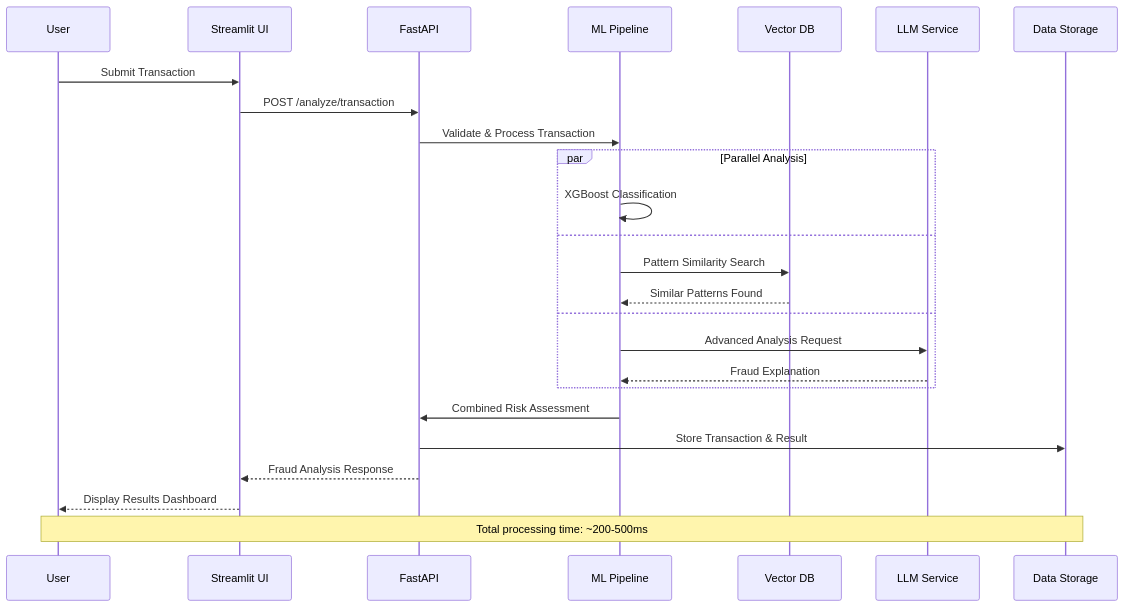
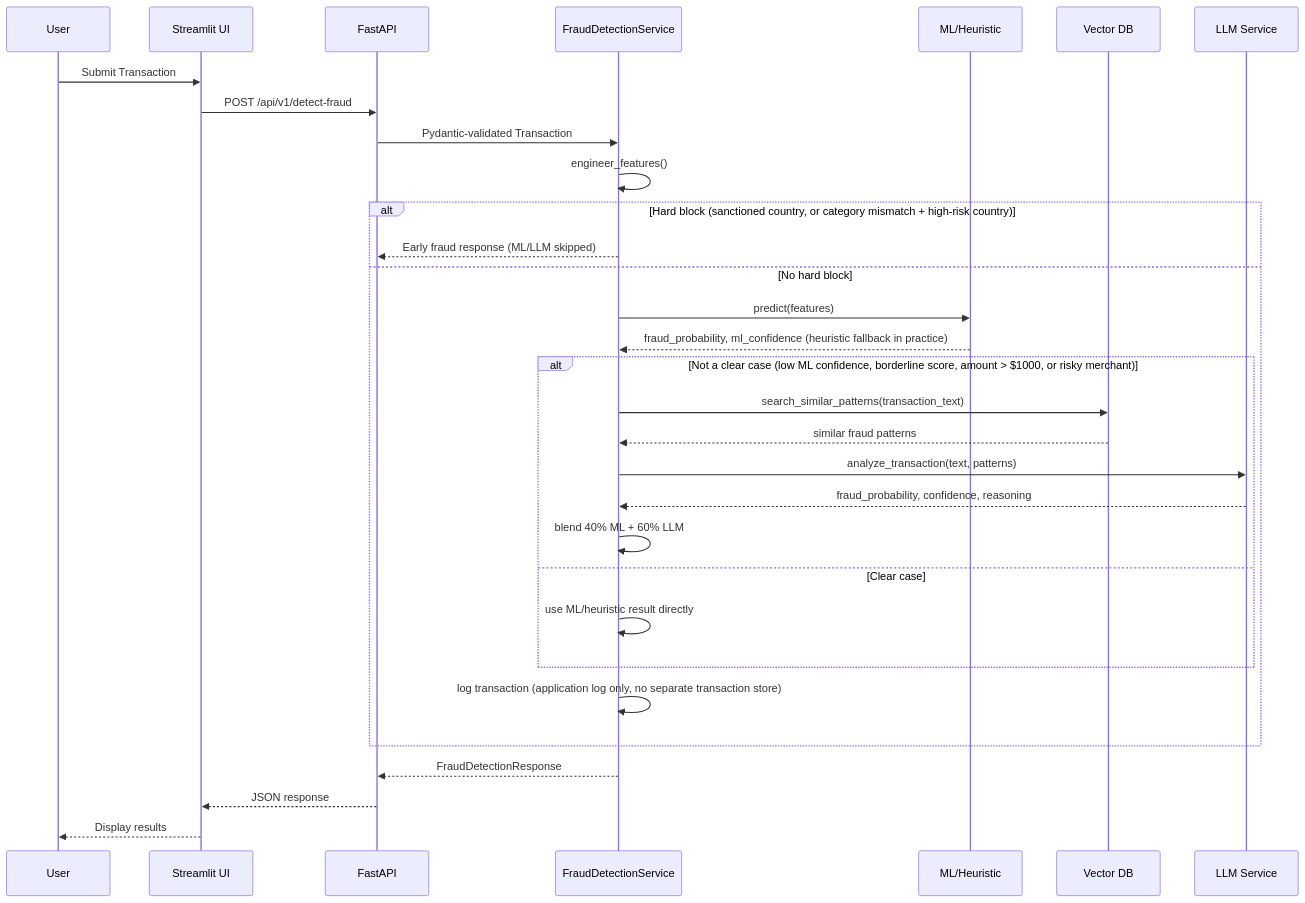
The third of 5 diagrams in MLProjects/creditcardfrauddetection/README.md (guruthanglearning/AILearning), drawn with Mermaid before and after one commit. The commit also changed other lines of this file, not shown here.

First line of the commit message:
Fix remaining 3 architecture diagrams in creditcardfrauddetection README

````diff
--- a/MLProjects/creditcardfrauddetection/README.md
+++ b/MLProjects/creditcardfrauddetection/README.md
@@ -1697,33 +1697,38 @@
 ```mermaid
 sequenceDiagram
     participant User
     participant UI as Streamlit UI
     participant API as FastAPI
-    participant ML as ML Pipeline
+    participant Service as FraudDetectionService
+    participant ML as ML/Heuristic
     participant Vector as Vector DB
     participant LLM as LLM Service
-    participant DB as Data Storage
-    
+
     User->>UI: Submit Transaction
-    UI->>API: POST /analyze/transaction
-    
-    API->>ML: Validate & Process Transaction
-    
-    par Parallel Analysis
-        ML->>ML: XGBoost Classification
-        and
-        ML->>Vector: Pattern Similarity Search
-        Vector-->>ML: Similar Patterns Found
-        and
-        ML->>LLM: Advanced Analysis Request
-        LLM-->>ML: Fraud Explanation
+    UI->>API: POST /api/v1/detect-fraud
+    API->>Service: Pydantic-validated Transaction
+    Service->>Service: engineer_features()
+
+    alt Hard block (sanctioned country, or category mismatch + high-risk country)
+        Service-->>API: Early fraud response (ML/LLM skipped)
+    else No hard block
+        Service->>ML: predict(features)
+        ML-->>Service: fraud_probability, ml_confidence (heuristic fallback in practice)
+
+        alt Not a clear case (low ML confidence, borderline score, amount > $1000, or risky merchant)
+            Service->>Vector: search_similar_patterns(transaction_text)
+            Vector-->>Service: similar fraud patterns
+            Service->>LLM: analyze_transaction(text, patterns)
+            LLM-->>Service: fraud_probability, confidence, reasoning
+            Service->>Service: blend 40% ML + 60% LLM
+        else Clear case
+            Service->>Service: use ML/heuristic result directly
+        end
+
+        Service->>Service: log transaction (application log only, no separate transaction store)
     end
-    
-    ML->>API: Combined Risk Assessment
-    API->>DB: Store Transaction & Result
-    
-    API-->>UI: Fraud Analysis Response
-    UI-->>User: Display Results Dashboard
-    
-    Note over User,DB: Total processing time: ~200-500ms
+
+    Service-->>API: FraudDetectionResponse
+    API-->>UI: JSON response
+    UI-->>User: Display results
 ```
````
